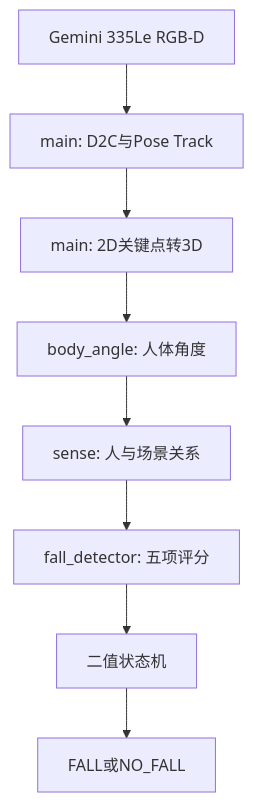
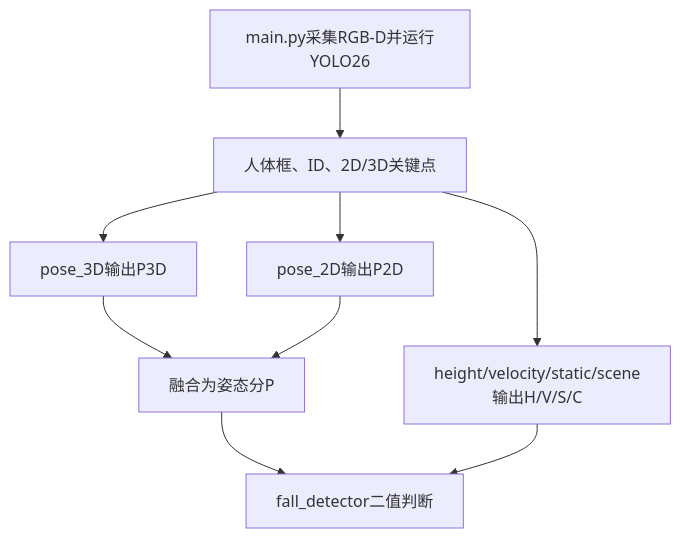
One commit to He-Tea-Tea/fall_detection changed the diagram in FRAMEWORK.md. Above: the diagram before and after it, drawn with Mermaid. The commit also changed other lines of this file and 12 other files, not shown here.

````diff
--- a/FRAMEWORK.md
+++ b/FRAMEWORK.md
@@ -5,10 +23,11 @@
 ```mermaid
 flowchart TD
-    A[Gemini 335Le RGB-D] --> B[main: D2C与Pose Track]
-    B --> C[main: 2D关键点转3D]
-    C --> D[body_angle: 人体角度]
-    D --> E[sense: 人与场景关系]
-    E --> F[fall_detector: 五项评分]
-    F --> G[二值状态机]
-    G --> H[FALL或NO_FALL]
+    A[main.py采集RGB-D并运行YOLO26] --> B[人体框、ID、2D/3D关键点]
+    B --> C[pose_3D输出P3D]
+    B --> D[pose_2D输出P2D]
+    C --> E[融合为姿态分P]
+    D --> E
+    B --> F[height/velocity/static/scene输出H/V/S/C]
+    E --> G[fall_detector二值判断]
+    F --> G
 ```
````
